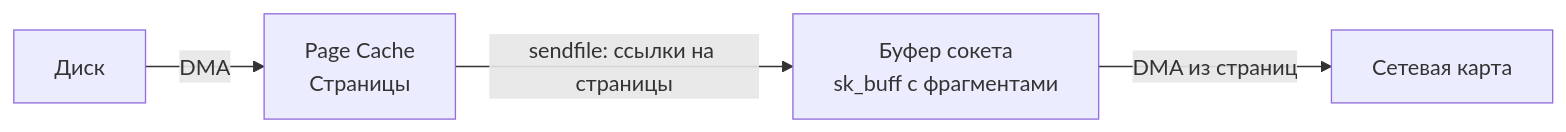
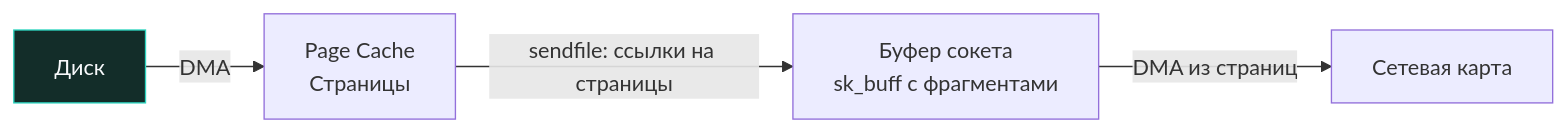
The second of 3 diagrams in sources/16. Профилирование, отладка и производительность/07. IO и системный уровень/5. Zero copy подходы.md (UnrealTemplier/go-textbook), drawn with Mermaid before and after one commit. The commit also changed other lines of this file and 1666 other files, not shown here.

First line of the commit message:
feat(mermaid): add semantic color classDef to 1369 colorless flowchart/graph diagrams

````diff
--- a/sources/16. Профилирование, отладка и производительность/07. IO и системный уровень/5. Zero copy подходы.md
+++ b/sources/16. Профилирование, отладка и производительность/07. IO и системный уровень/5. Zero copy подходы.md
@@ -69,6 +79,16 @@
 ```mermaid
 flowchart LR
-    Disk["Диск"] -->|"DMA"| PC["Page Cache<br>Страницы"]
+    classDef process  fill:#1e293b,stroke:#38bdf8,stroke-width:1px,color:#f8fafc
+    classDef success  fill:#064e3b,stroke:#34d399,stroke-width:1px,color:#f8fafc
+    classDef error    fill:#7f1d1d,stroke:#f87171,stroke-width:1px,color:#f8fafc
+    classDef warning  fill:#78350f,stroke:#fbbf24,stroke-width:1px,color:#f8fafc
+    classDef entry    fill:#1e3a5f,stroke:#38bdf8,stroke-width:2px,color:#f8fafc
+    classDef aux      fill:#334155,stroke:#64748b,stroke-width:1px,color:#f8fafc
+    classDef system   fill:#312e81,stroke:#a78bfa,stroke-width:1px,color:#f8fafc
+    classDef data     fill:#132d29,stroke:#2dd4bf,stroke-width:1px,color:#f8fafc
+    classDef network  fill:#881337,stroke:#fb7185,stroke-width:1px,color:#f8fafc
+    classDef accent   fill:#1e1b4b,stroke:#818cf8,stroke-width:1px,color:#f8fafc
+    Disk["Диск"]:::data -->|"DMA"| PC["Page Cache<br>Страницы"]
     PC -->|"sendfile: ссылки на страницы"| Sock["Буфер сокета<br>sk_buff с фрагментами"]
     Sock -->|"DMA из страниц"| NIC["Сетевая карта"]
 ```
````
